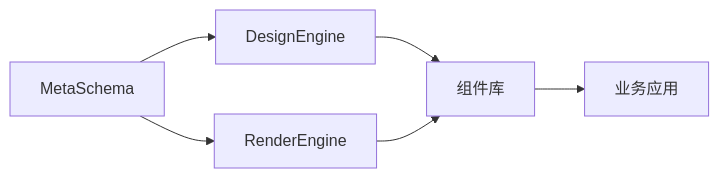
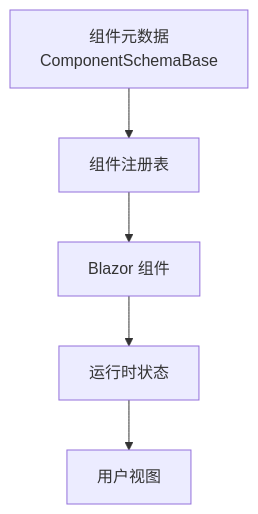
Before and after one commit to openlowcodelab/lowcode: the tenth of 10 diagrams in .qoder/repowiki/zh/content/低代码平台/低代码平台.md, drawn with Mermaid. The commit also changed other lines of this file and 223 other files, not shown here.

````diff
--- a/.qoder/repowiki/zh/content/低代码平台/低代码平台.md
+++ b/.qoder/repowiki/zh/content/低代码平台/低代码平台.md
@@ -521,8 +684,7 @@
 ```mermaid
-graph LR
-    Meta["MetaSchema"] --> Design["DesignEngine"]
-    Meta --> Render["RenderEngine"]
-    Design --> Components["组件库"]
-    Render --> Components
-    Components --> App["业务应用"]
+graph TB
+    MetaNode["组件元数据<br/>ComponentSchemaBase"] --> RegistryNode["组件注册表"]
+    RegistryNode --> BlazorNode["Blazor 组件"]
+    BlazorNode --> RuntimeState["运行时状态"]
+    RuntimeState --> UserView["用户视图"]
 ```
````
